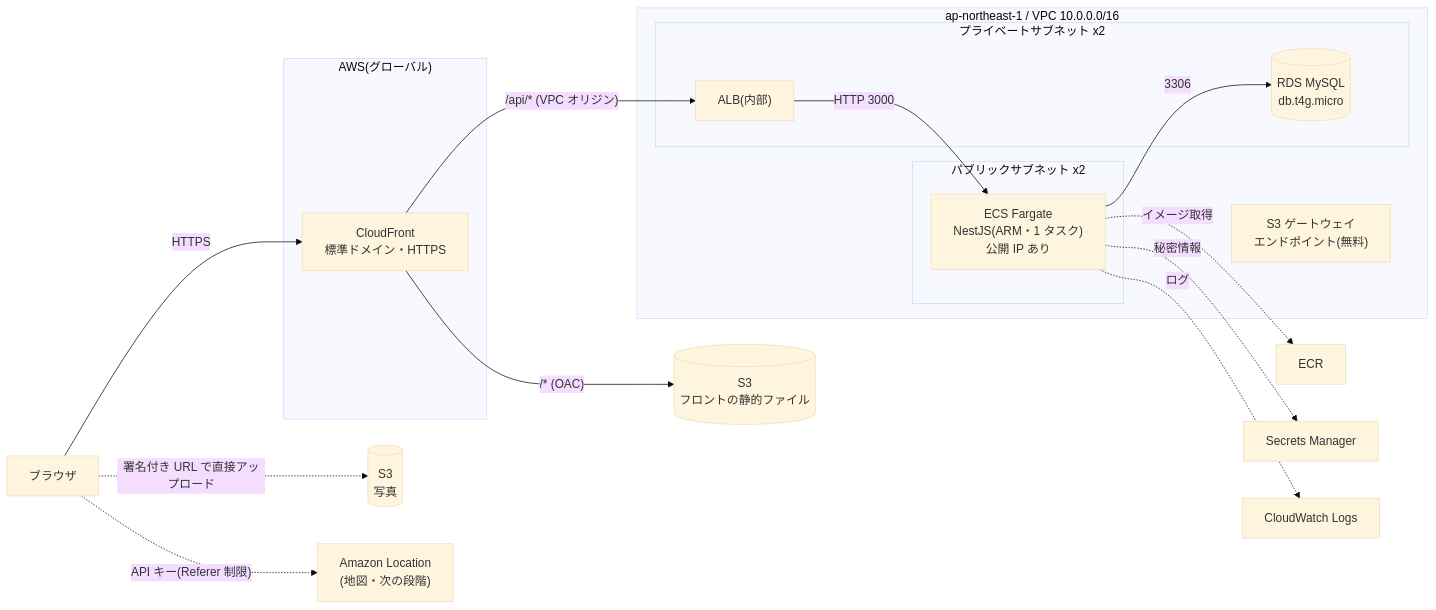
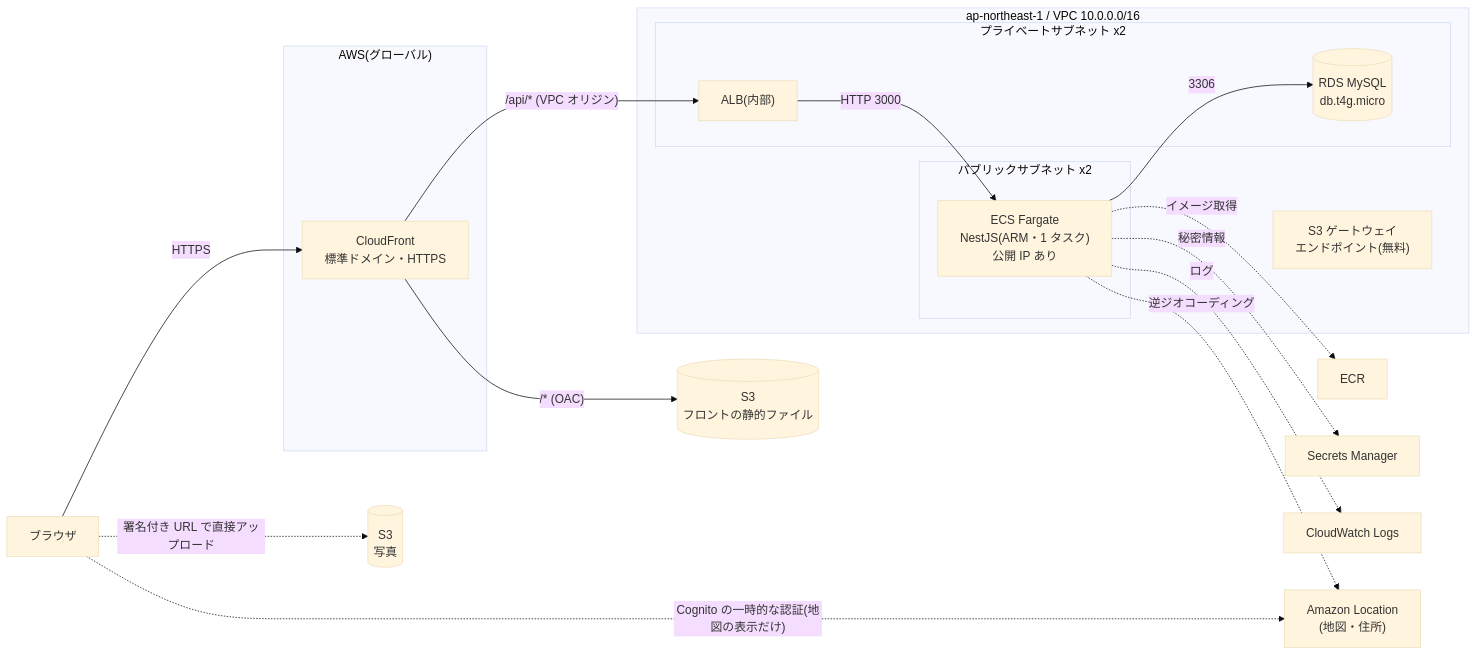
One commit to masatsumaple-creator/app-kadai2-TripDiary changed the diagram in docs/22_インフラ設計.md. Above: the diagram before and after it, drawn with Mermaid (base theme). The commit also changed other lines of this file and 9 other files, not shown here.

````diff
--- a/docs/22_インフラ設計.md
+++ b/docs/22_インフラ設計.md
@@ -28,34 +28,35 @@
 ```mermaid
 flowchart LR
   user["ブラウザ"]
   subgraph edge["AWS(グローバル)"]
     cf["CloudFront<br/>標準ドメイン・HTTPS"]
   end
   subgraph region["ap-northeast-1 / VPC 10.0.0.0/16"]
     subgraph pub["パブリックサブネット x2"]
       ecs["ECS Fargate<br/>NestJS(ARM・1 タスク)<br/>公開 IP あり"]
     end
     subgraph priv["プライベートサブネット x2"]
       alb["ALB(内部)"]
       rds[("RDS MySQL<br/>db.t4g.micro")]
     end
     s3gw["S3 ゲートウェイ<br/>エンドポイント(無料)"]
   end
   s3web[("S3<br/>フロントの静的ファイル")]
   s3img[("S3<br/>写真")]
   ecr["ECR"]
   sm["Secrets Manager"]
   logs["CloudWatch Logs"]
-  loc["Amazon Location<br/>(地図・次の段階)"]
+  loc["Amazon Location<br/>(地図・住所)"]
 
   user -->|"HTTPS"| cf
   cf -->|"/* (OAC)"| s3web
   cf -->|"/api/* (VPC オリジン)"| alb
   alb -->|"HTTP 3000"| ecs
   ecs -->|"3306"| rds
   ecs -.->|"イメージ取得"| ecr
   ecs -.->|"秘密情報"| sm
   ecs -.->|"ログ"| logs
   user -.->|"署名付き URL で直接アップロード"| s3img
-  user -.->|"API キー(Referer 制限)"| loc
+  user -.->|"Cognito の一時的な認証(地図の表示だけ)"| loc
+  ecs -.->|"逆ジオコーディング"| loc
 ```
````
